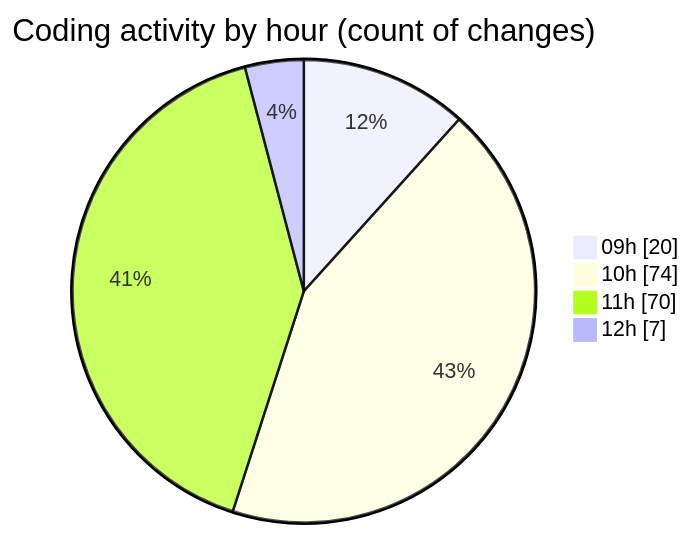
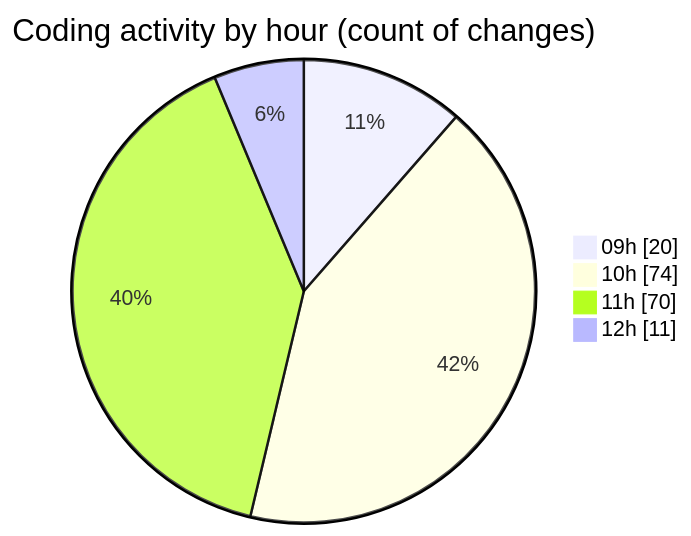
The second of 2 diagrams in 2025-06-06/ecodeli-1/README.md (CELIANVF/code-tracking), drawn with Mermaid before and after one commit. The commit also changed other lines of this file and 1 other file, not shown here.

````diff
--- a/2025-06-06/ecodeli-1/README.md
+++ b/2025-06-06/ecodeli-1/README.md
@@ -80,8 +81,8 @@
 ```mermaid
 pie showData
 title Coding activity by hour (count of changes)
 "09h" : 20
 "10h" : 74
 "11h" : 70
-"12h" : 7
+"12h" : 11
 ```
````
